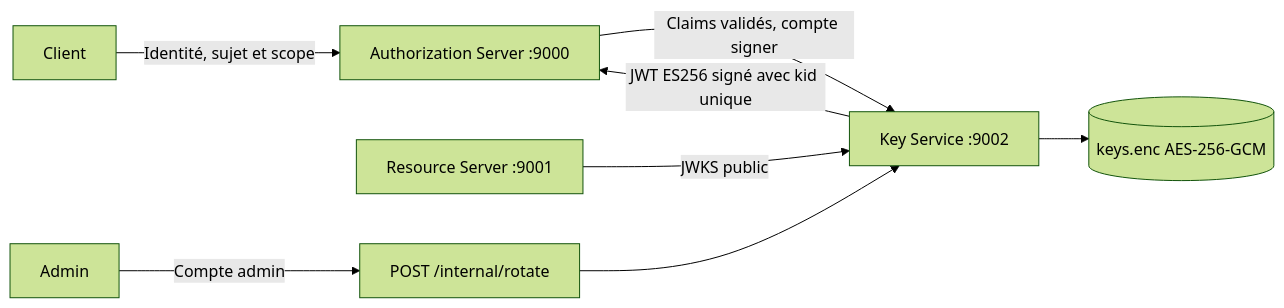
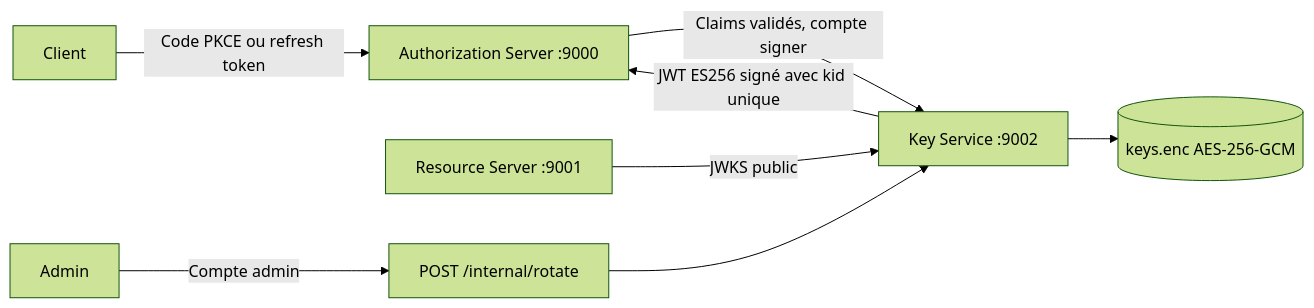
One commit to Challenges-AA/platform-oauth changed the diagram in docs/KEY_SERVICE.md. Above: the diagram before and after it, drawn with Mermaid (forest theme). The commit also changed other lines of this file and 1038 other files, not shown here.

First line of the commit message:
Implement PKCE authorization flow and rotating refresh tokens (#1) (#2)

````diff
--- a/docs/KEY_SERVICE.md
+++ b/docs/KEY_SERVICE.md
@@ -5,10 +6,10 @@
 ```mermaid
 flowchart LR
-    Client -->|Identité, sujet et scope| AS[Authorization Server :9000]
+    Client -->|Code PKCE ou refresh token| AS[Authorization Server :9000]
     AS -->|Claims validés, compte signer| KS[Key Service :9002]
     KS -->|JWT ES256 signé avec kid unique| AS
     KS --> Store[(keys.enc AES-256-GCM)]
     RS[Resource Server :9001] -->|JWKS public| KS
     Admin -->|Compte admin| Rotation[POST /internal/rotate]
     Rotation --> KS
 ```
````
